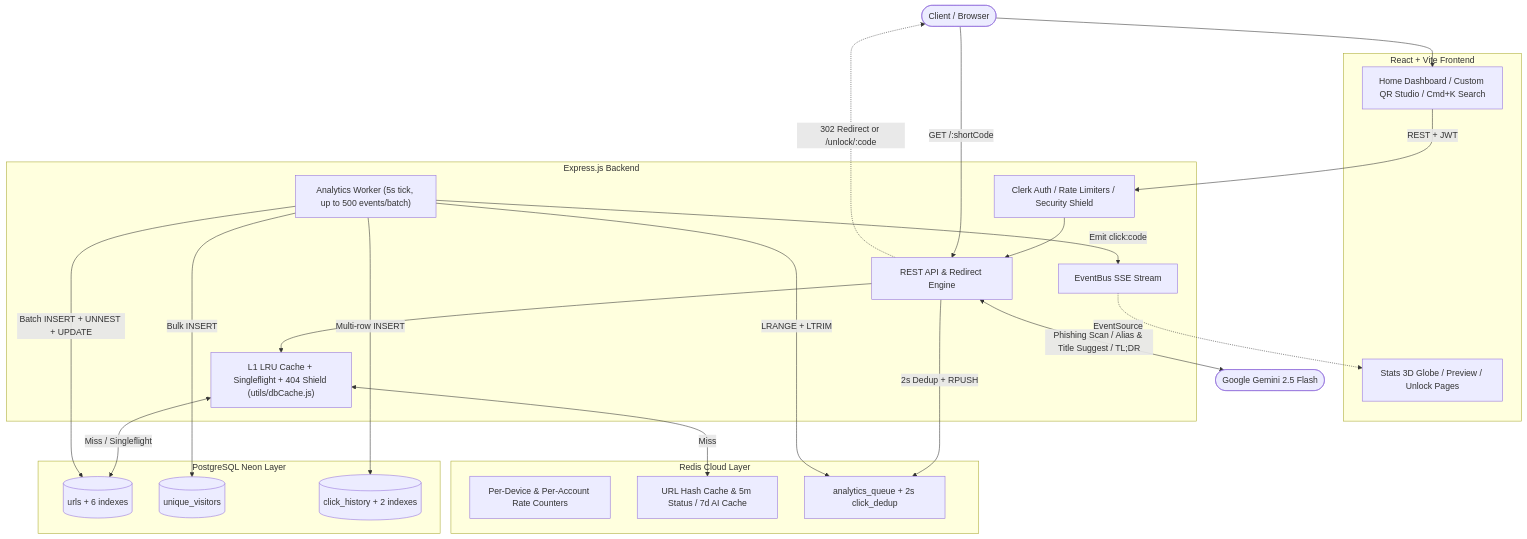
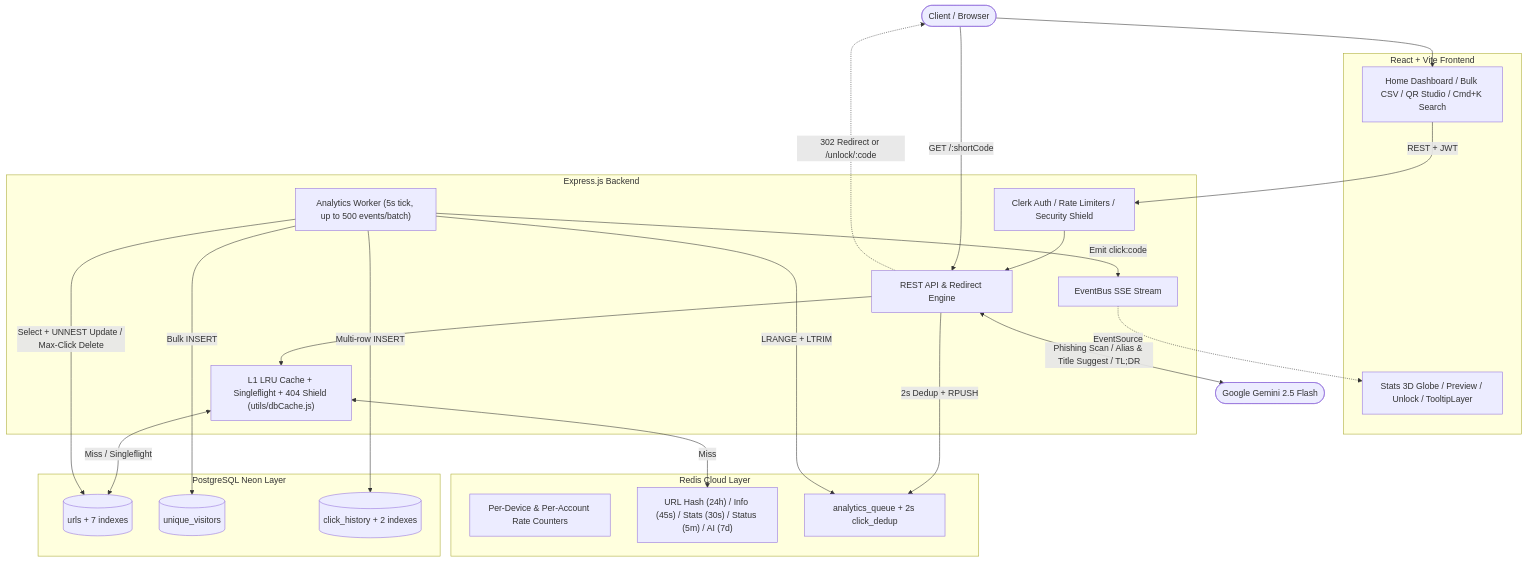
One commit to zevrik/Lynq changed the diagram in README.md. Above: the diagram before and after it, drawn with Mermaid. The commit also changed other lines of this file, not shown here.

Commit message:
docs: update README with architectural details and caching specifications

````diff
--- a/README.md
+++ b/README.md
@@ -32,50 +32,50 @@
 ```mermaid
 flowchart TB
     Client([Client / Browser])
 
     subgraph Web[React + Vite Frontend]
-        UI[Home Dashboard / Custom QR Studio / Cmd+K Search]
-        Globe[Stats 3D Globe / Preview / Unlock Pages]
+        UI["Home Dashboard / Bulk CSV / QR Studio / Cmd+K Search"]
+        Globe["Stats 3D Globe / Preview / Unlock / TooltipLayer"]
     end
 
     subgraph Core[Express.js Backend]
         Auth[Clerk Auth / Rate Limiters / Security Shield]
         API[REST API & Redirect Engine]
         L1["L1 LRU Cache + Singleflight + 404 Shield (utils/dbCache.js)"]
         SSE[EventBus SSE Stream]
         Worker["Analytics Worker (5s tick, up to 500 events/batch)"]
     end
 
     subgraph Cache[Redis Cloud Layer]
         RL[Per-Device & Per-Account Rate Counters]
-        Hash[URL Hash Cache & 5m Status / 7d AI Cache]
+        Hash["URL Hash (24h) / Info (45s) / Stats (30s) / Status (5m) / AI (7d)"]
         Queue[analytics_queue + 2s click_dedup]
     end
 
     subgraph DB[PostgreSQL Neon Layer]
-        UrlsTable[(urls + 6 indexes)]
+        UrlsTable[(urls + 7 indexes)]
         UniqueTable[(unique_visitors)]
         HistoryTable[(click_history + 2 indexes)]
     end
 
     Gemini([Google Gemini 2.5 Flash])
 
     Client --> UI
     UI -->|REST + JWT| Auth --> API
     Client -->|GET /:shortCode| API
 
     API --> L1
     L1 <-->|Miss| Hash
     L1 <-->|Miss / Singleflight| UrlsTable
 
     API -->|2s Dedup + RPUSH| Queue
     API -.->|302 Redirect or /unlock/:code| Client
 
     Worker -->|LRANGE + LTRIM| Queue
-    Worker -->|Batch INSERT + UNNEST + UPDATE| UrlsTable
+    Worker -->|Select + UNNEST Update / Max-Click Delete| UrlsTable
     Worker -->|Bulk INSERT| UniqueTable
     Worker -->|Multi-row INSERT| HistoryTable
     Worker -->|Emit click:code| SSE -.->|EventSource| Globe
 
     API <-->|Phishing Scan / Alias & Title Suggest / TL;DR| Gemini
 ```
````
